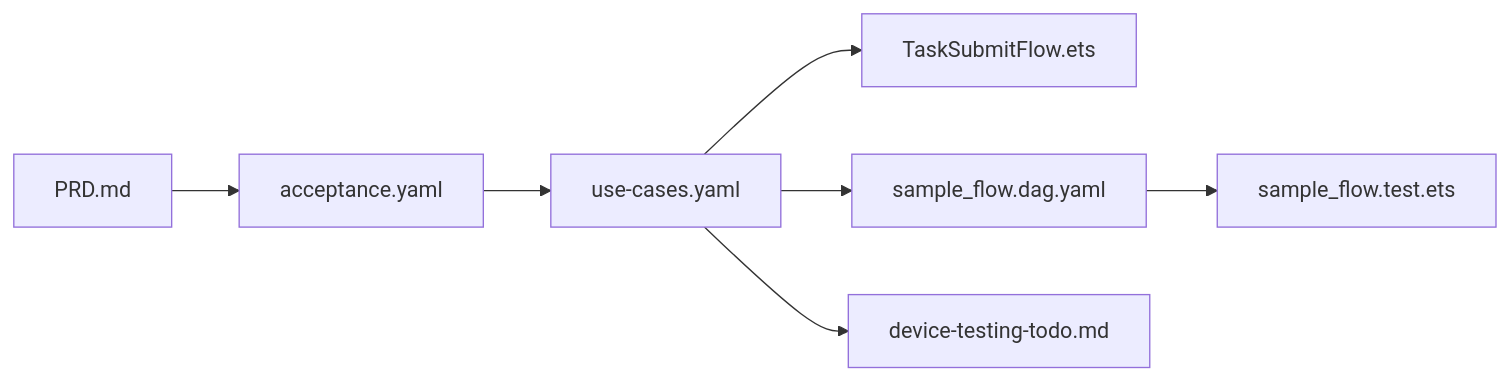
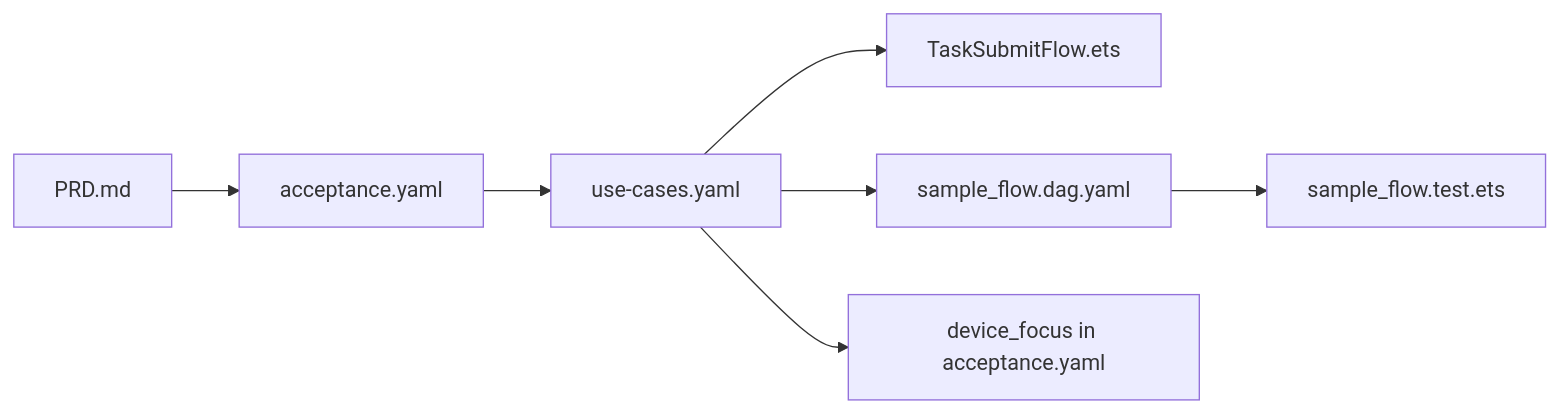
The diagram in framework/profiles/hmos-app/skills/5-business-ut/examples/sample-flow/README.md (sqsqsq/SimulatedWalletForHmos), drawn with Mermaid before and after one commit. The commit also changed other lines of this file and 44 other files, not shown here.

First line of the commit message:
feat(framework): 废弃 device-testing-todo，收敛 acceptance device_focus SSOT

````diff
--- a/framework/profiles/hmos-app/skills/5-business-ut/examples/sample-flow/README.md
+++ b/framework/profiles/hmos-app/skills/5-business-ut/examples/sample-flow/README.md
@@ -22,9 +22,9 @@
 ```mermaid
 flowchart LR
   PRD[PRD.md] --> AC[acceptance.yaml]
   AC --> UC[use-cases.yaml]
   UC --> FLOW[TaskSubmitFlow.ets]
   UC --> DAG[sample_flow.dag.yaml]
   DAG --> UT[sample_flow.test.ets]
-  UC --> TODO[device-testing-todo.md]
+  UC --> ACC[device_focus in acceptance.yaml]
 ```
````
